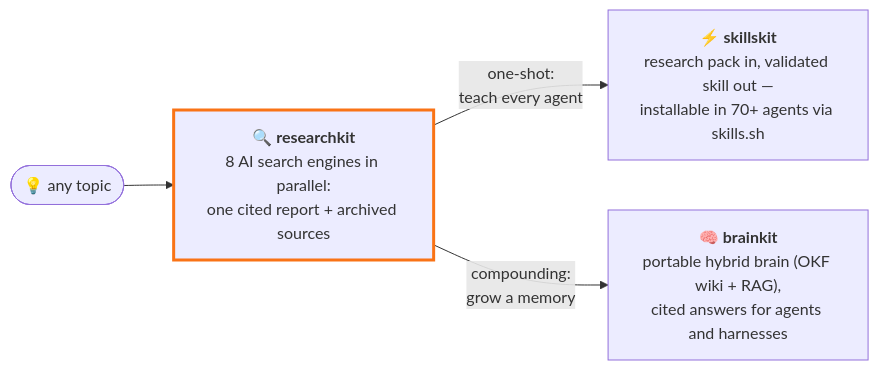
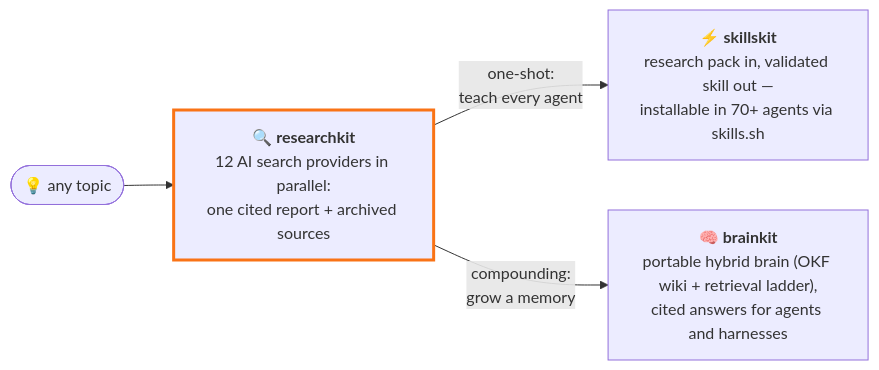
Before and after one commit to Paldom/researchkit: the diagram in README.md, drawn with Mermaid. The commit also changed other lines of this file and 18 other files, not shown here.

````diff
--- a/README.md
+++ b/README.md
@@ -15,8 +15,8 @@
 ```mermaid
 flowchart LR
-    T(["💡 any topic"]) --> RK["🔍 <b>researchkit</b><br/>8 AI search engines in parallel:<br/>one cited report + archived sources"]
+    T(["💡 any topic"]) --> RK["🔍 <b>researchkit</b><br/>12 AI search providers in parallel:<br/>one cited report + archived sources"]
     RK -- "one-shot:<br/>teach every agent" --> SK["⚡ <b>skillskit</b><br/>research pack in, validated skill out —<br/>installable in 70+ agents via skills.sh"]
-    RK -- "compounding:<br/>grow a memory" --> BK["🧠 <b>brainkit</b><br/>portable hybrid brain (OKF wiki + RAG),<br/>cited answers for agents and harnesses"]
+    RK -- "compounding:<br/>grow a memory" --> BK["🧠 <b>brainkit</b><br/>portable hybrid brain (OKF wiki + retrieval ladder),<br/>cited answers for agents and harnesses"]
     classDef here stroke:#f97316,stroke-width:3px;
     class RK here
 ```
````
